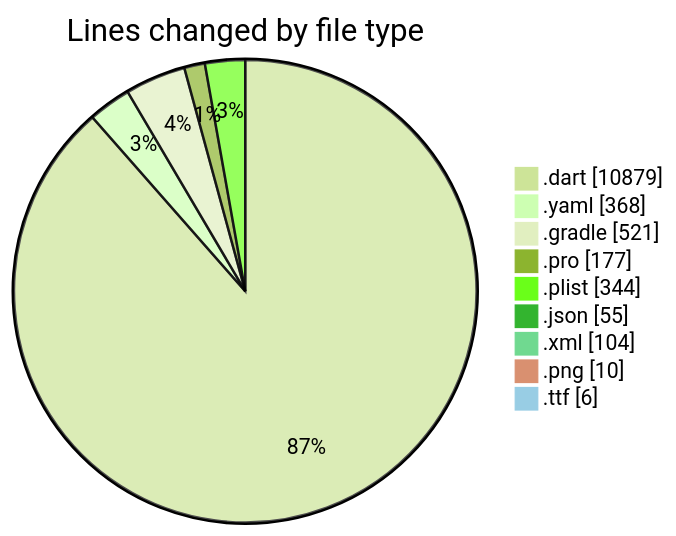
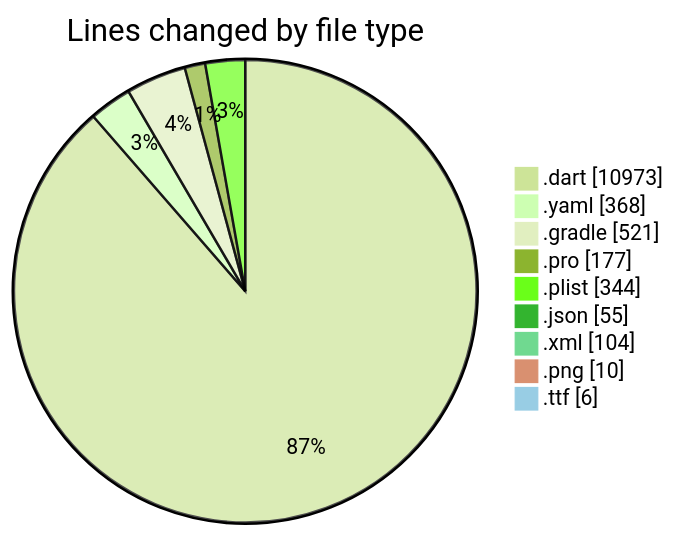
One commit to lephambinh05/code-tracking changed the first of 2 diagrams in 2025-07-29/appproject/README.md. Above: the diagram before and after it, drawn with Mermaid (forest theme). The commit also changed other lines of this file and 1 other file, not shown here.

````diff
--- a/2025-07-29/appproject/README.md
+++ b/2025-07-29/appproject/README.md
@@ -63,13 +63,13 @@
 ```mermaid
 pie showData
 title Lines changed by file type
-".dart" : 10879
+".dart" : 10973
 ".yaml" : 368
 ".gradle" : 521
 ".pro" : 177
 ".plist" : 344
 ".json" : 55
 ".xml" : 104
 ".png" : 10
 ".ttf" : 6
 ```
````
